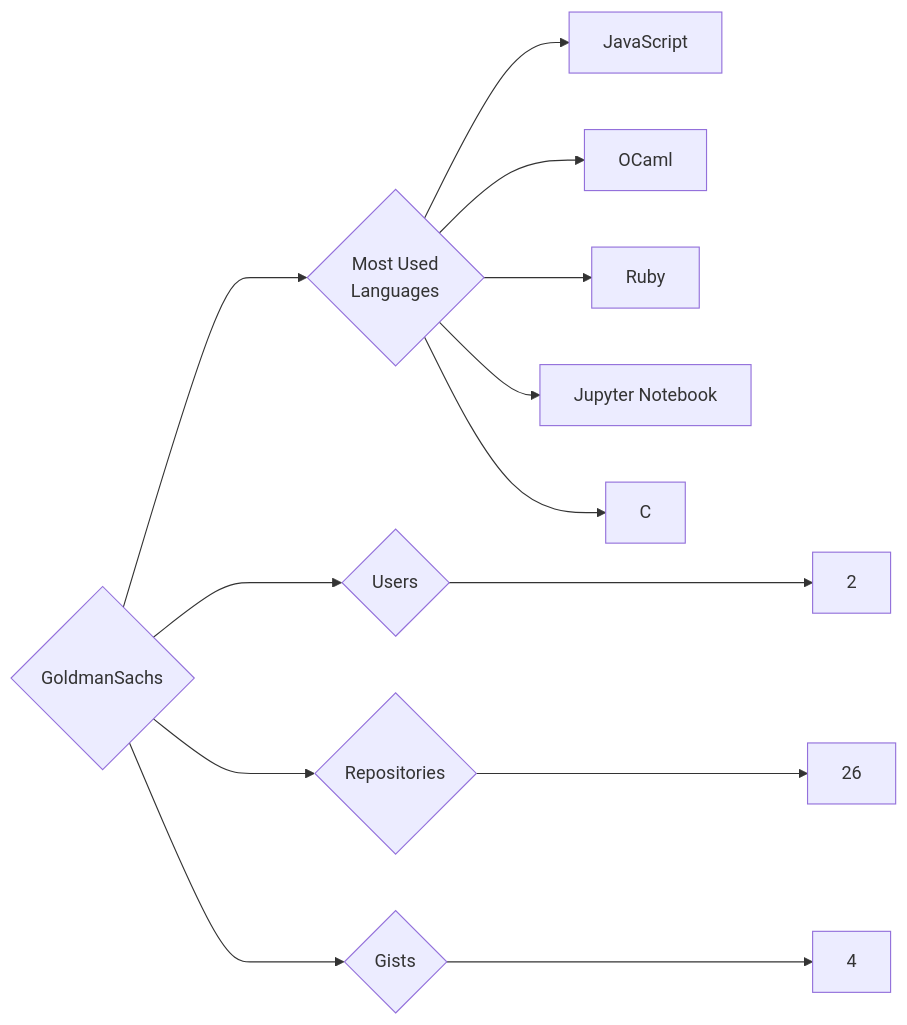
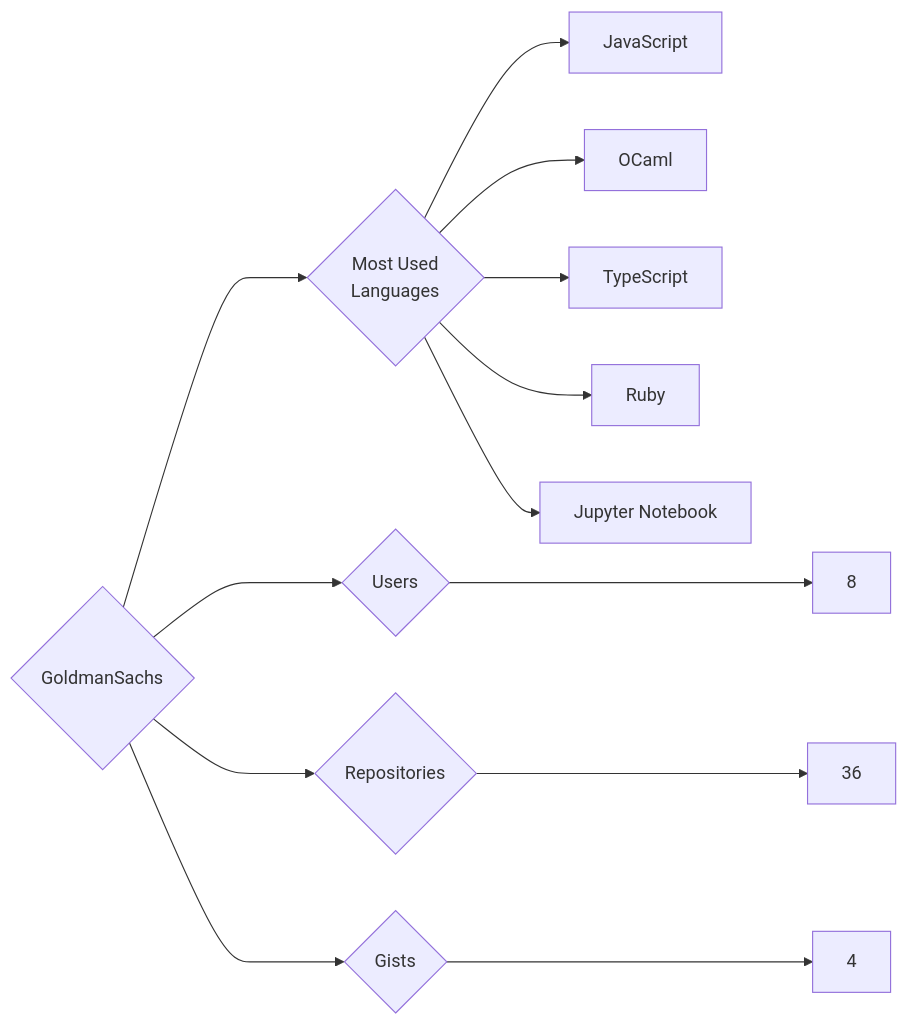
One commit to trickest/insiders changed the diagram in targets/GoldmanSachs/README.md. Above: the diagram before and after it, drawn with Mermaid. The commit also changed 610 other files, not shown here.

````diff
--- a/targets/GoldmanSachs/README.md
+++ b/targets/GoldmanSachs/README.md
@@ -3,13 +3,13 @@
 ```mermaid
 graph LR
 COMPANY_NAME{GoldmanSachs}
-COMPANY_NAME ---> U{Users} ---> UN[2]
-COMPANY_NAME ---> R{Repositories} ---> RN[26]
+COMPANY_NAME ---> U{Users} ---> UN[8]
+COMPANY_NAME ---> R{Repositories} ---> RN[36]
 COMPANY_NAME ---> G{Gists} ---> GN[4]
 COMPANY_NAME ---> ML{Most Used<br>Languages}
 ML --> JavaScript[JavaScript]
 ML --> OCaml[OCaml]
+ML --> TypeScript[TypeScript]
 ML --> Ruby[Ruby]
 ML --> Jupyter_Notebook[Jupyter Notebook]
-ML --> C[C]
 ```
````
